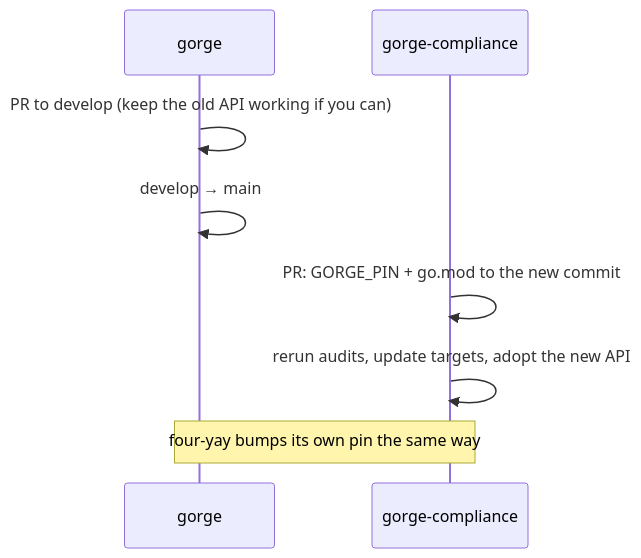
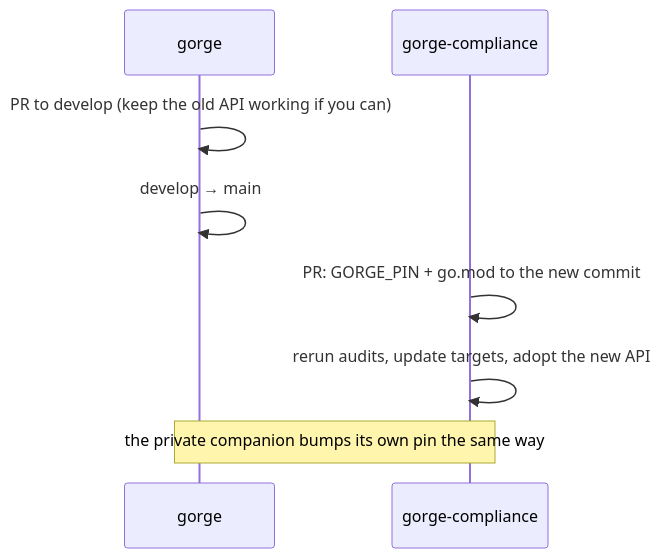
The third of 3 diagrams in docs/site/repos/index.md (adams-shaun/gorge), drawn with Mermaid before and after one commit. The commit also changed other lines of this file and 20 other files, not shown here.

First line of the commit message:
docs: scrub private-companion details from public prose

````diff
--- a/docs/site/repos/index.md
+++ b/docs/site/repos/index.md
@@ -230,10 +229,10 @@
 ```mermaid
 sequenceDiagram
   participant G as gorge
   participant C as gorge-compliance
   G->>G: PR to develop (keep the old API working if you can)
   G->>G: develop → main
   C->>C: PR: GORGE_PIN + go.mod to the new commit
   C->>C: rerun audits, update targets, adopt the new API
-  Note over G,C: four-yay bumps its own pin the same way
+  Note over G,C: the private companion bumps its own pin the same way
 ```
````
